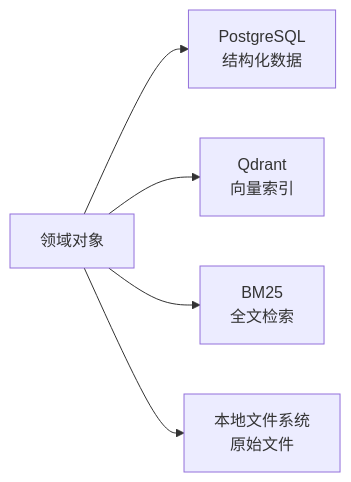
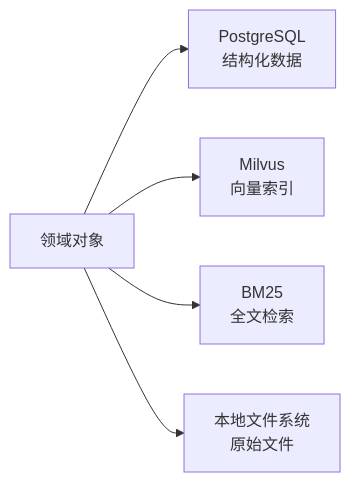
The diagram in doc/design/step-04-storage-design/04.01-storage-layer-mapping.md (YeZibn/MindWiki), drawn with Mermaid before and after one commit. The commit also changed other lines of this file and 9 other files, not shown here.

````diff
--- a/doc/design/step-04-storage-design/04.01-storage-layer-mapping.md
+++ b/doc/design/step-04-storage-design/04.01-storage-layer-mapping.md
@@ -49,7 +49,7 @@
 ```mermaid
 flowchart LR
     D["领域对象"] --> PG["PostgreSQL\n结构化数据"]
-    D --> QD["Qdrant\n向量索引"]
+    D --> QD["Milvus\n向量索引"]
     D --> FTS["BM25\n全文检索"]
     D --> FS["本地文件系统\n原始文件"]
 ```
````
